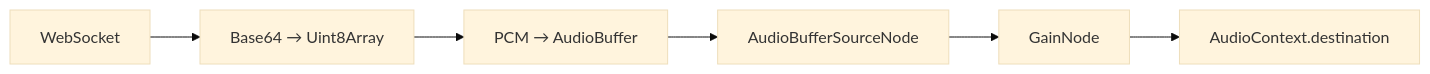
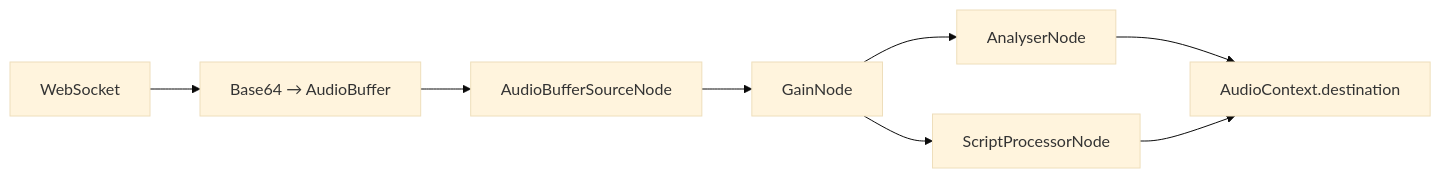
One commit to HOW2AI-AGENCY/albert3-muse-synth-studio changed the diagram in docs/PROMPT_DJ_GUIDE.md. Above: the diagram before and after it, drawn with Mermaid (base theme). The commit also changed other lines of this file and 16 other files, not shown here.

````diff
--- a/docs/PROMPT_DJ_GUIDE.md
+++ b/docs/PROMPT_DJ_GUIDE.md
@@ -120,8 +54,10 @@
 ```mermaid
 graph LR
-    WS[WebSocket] --> Decode[Base64 → Uint8Array]
-    Decode --> PCM[PCM → AudioBuffer]
-    PCM --> Source[AudioBufferSourceNode]
+    WS[WebSocket] --> Decode[Base64 → AudioBuffer]
+    Decode --> Source[AudioBufferSourceNode]
     Source --> Gain[GainNode]
-    Gain --> Output[AudioContext.destination]
+    Gain --> Analyser[AnalyserNode]
+    Gain --> Recorder[ScriptProcessorNode]
+    Analyser --> Output[AudioContext.destination]
+    Recorder --> Output
 ```
````
